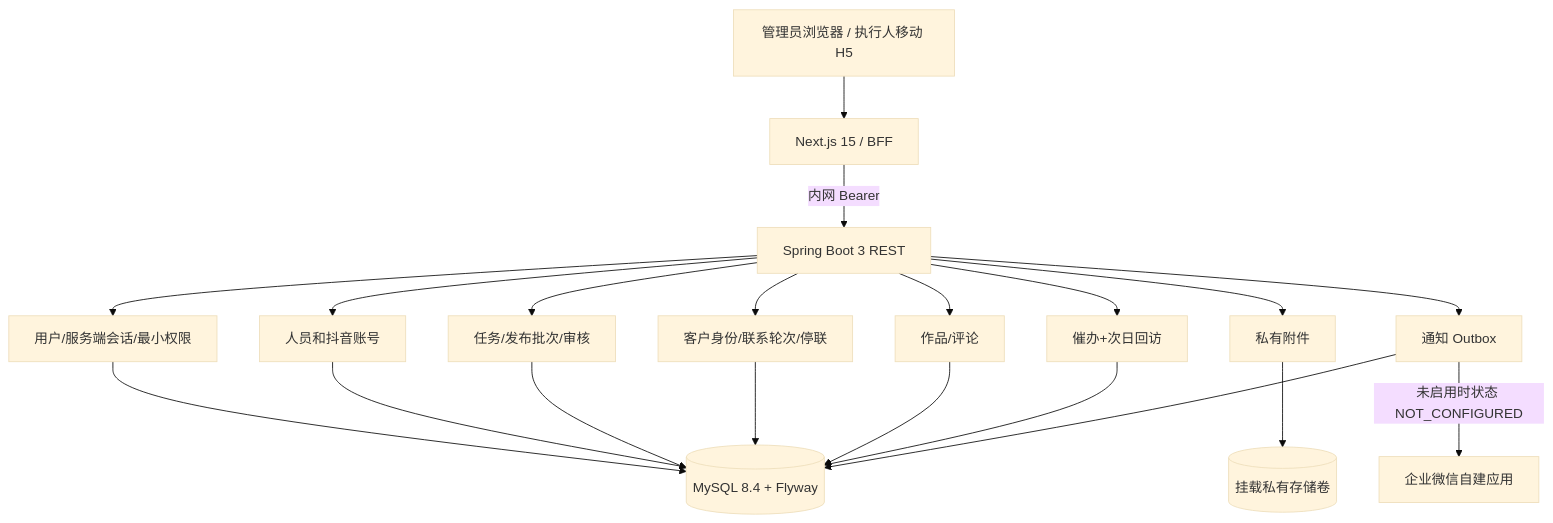
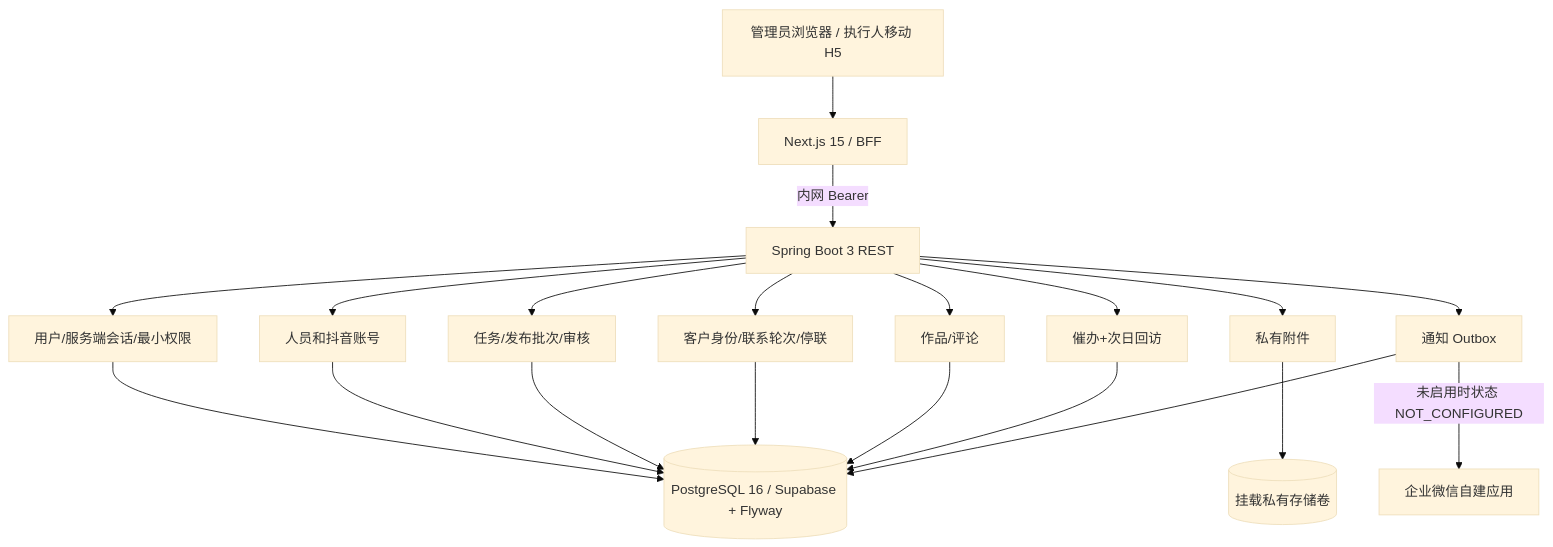
Before and after one commit to cuizhenjie/socialtask-scrm: the first of 2 diagrams in docs/architecture.md, drawn with Mermaid (base theme). The commit also changed other lines of this file and 55 other files, not shown here.

````diff
--- a/docs/architecture.md
+++ b/docs/architecture.md
@@ -5,22 +5,22 @@
 ```mermaid
 flowchart TD
   User[管理员浏览器 / 执行人移动 H5] --> Web[Next.js 15 / BFF]
   Web -->|内网 Bearer| API[Spring Boot 3 REST]
   API --> Auth[用户/服务端会话/最小权限]
   API --> People[人员和抖音账号]
   API --> Task[任务/发布批次/审核]
   API --> CRM[客户身份/联系轮次/停联]
   API --> Media[私有附件]
   API --> Work[作品/评论]
   API --> Scheduler[催办+次日回访]
   API --> Outbox[通知 Outbox]
-  Auth --> DB[(MySQL 8.4 + Flyway)]
+  Auth --> DB[(PostgreSQL 16 / Supabase + Flyway)]
   People --> DB
   Task --> DB
   CRM --> DB
   Work --> DB
   Scheduler --> DB
   Outbox --> DB
   Media --> PrivateStorage[(挂载私有存储卷)]
   Outbox -->|未启用时状态 NOT_CONFIGURED| Wecom[企业微信自建应用]
 ```
````
